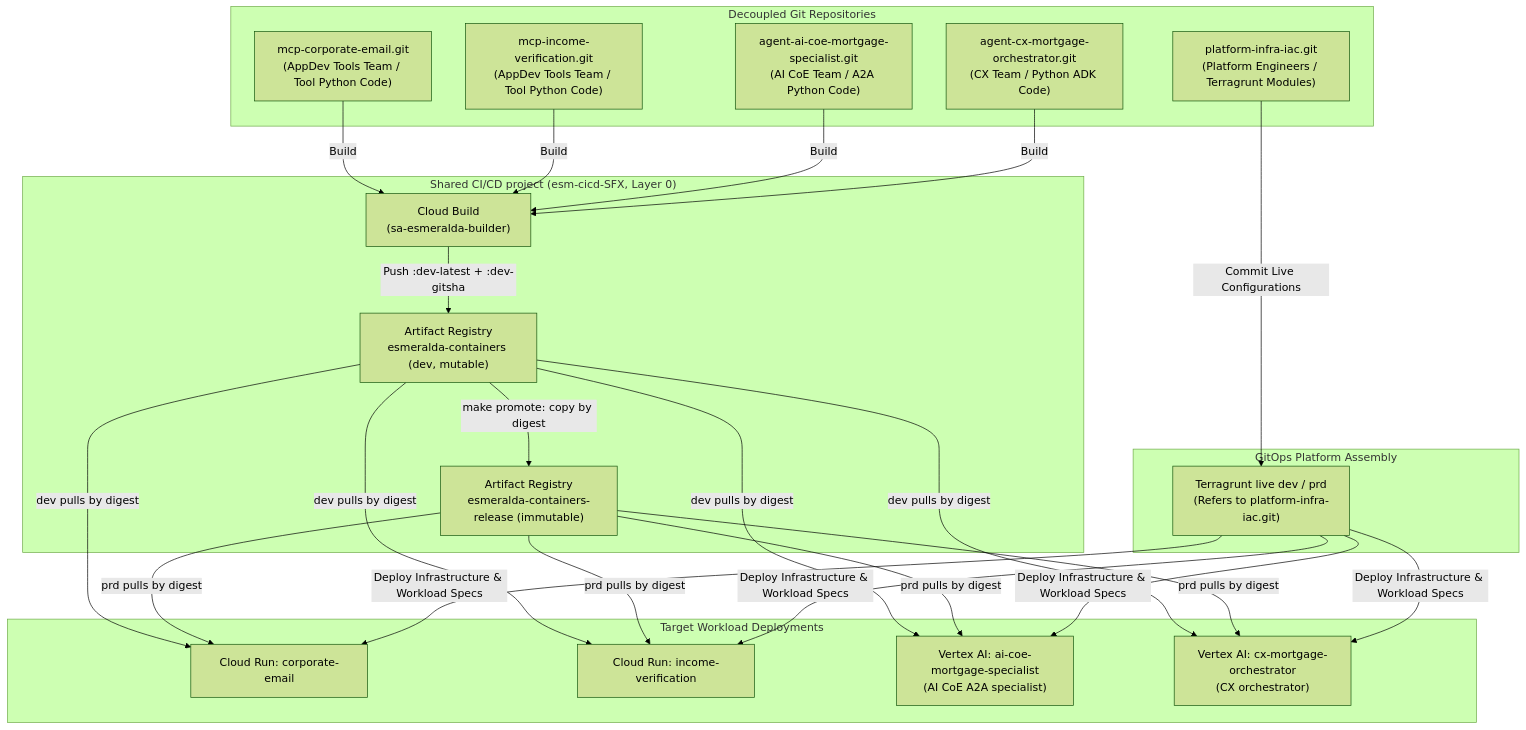
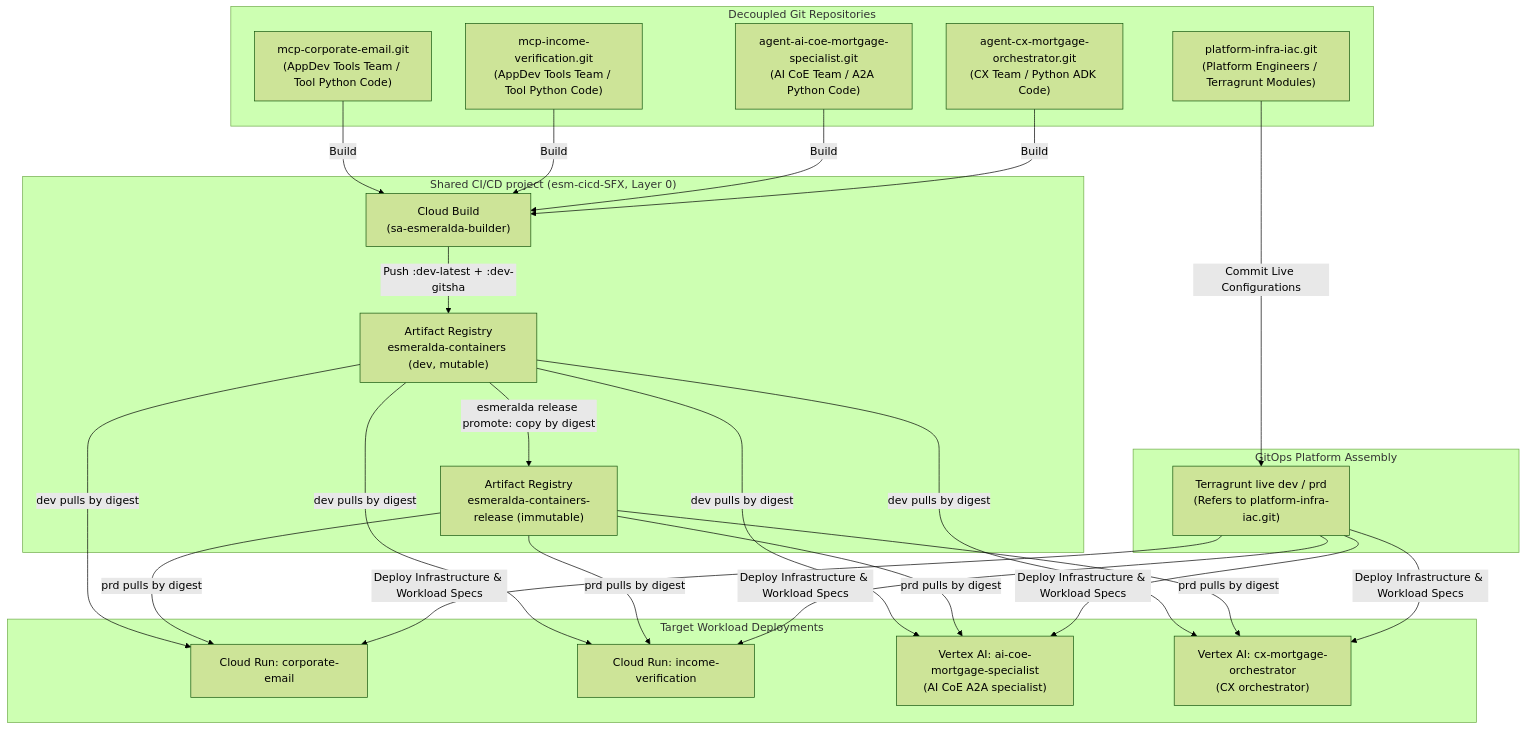
Before and after one commit to google/esmeralda: the third of 4 diagrams in docs/src/3-agentops-and-lifecycle/index.md, drawn with Mermaid (forest theme). The commit also changed other lines of this file and 36 other files, not shown here.

First line of the commit message:
feat(cli): esmeralda deploy, destroy, build and release (#225) (#229)

````diff
--- a/docs/src/3-agentops-and-lifecycle/index.md
+++ b/docs/src/3-agentops-and-lifecycle/index.md
@@ -138,35 +138,35 @@
 ```mermaid
 flowchart TD
     subgraph Repos["Decoupled Git Repositories"]
         R_Platform["platform-infra-iac.git<br/>(Platform Engineers / Terragrunt Modules)"]
         R_Email["mcp-corporate-email.git<br/>(AppDev Tools Team / Tool Python Code)"]
         R_Income["mcp-income-verification.git<br/>(AppDev Tools Team / Tool Python Code)"]
         R_A2A["agent-ai-coe-mortgage-specialist.git<br/>(AI CoE Team / A2A Python Code)"]
         R_Root["agent-cx-mortgage-orchestrator.git<br/>(CX Team / Python ADK Code)"]
     end
 
     subgraph Pipelines["Shared CI/CD project (esm-cicd-SFX, Layer 0)"]
         CB["Cloud Build<br/>(sa-esmeralda-builder)"]
         AR_DEV["Artifact Registry<br/>esmeralda-containers (dev, mutable)"]
         AR_REL["Artifact Registry<br/>esmeralda-containers-release (immutable)"]
     end
 
     subgraph RunOps["Target Workload Deployments"]
         Run_Email["Cloud Run: corporate-email"]
         Run_Income["Cloud Run: income-verification"]
         Run_A2A["Vertex AI: ai-coe-mortgage-specialist<br/>(AI CoE A2A specialist)"]
         Run_Root["Vertex AI: cx-mortgage-orchestrator<br/>(CX orchestrator)"]
     end
 
     subgraph IaCOps["GitOps Platform Assembly"]
         TG["Terragrunt live dev / prd<br/>(Refers to platform-infra-iac.git)"]
     end
 
     R_Email & R_Income & R_A2A & R_Root -->|Build| CB
     CB -->|Push :dev-latest + :dev-gitsha| AR_DEV
-    AR_DEV -->|make promote: copy by digest| AR_REL
+    AR_DEV -->|esmeralda release promote: copy by digest| AR_REL
     AR_DEV -->|dev pulls by digest| Run_Email & Run_Income & Run_A2A & Run_Root
     AR_REL -->|prd pulls by digest| Run_Email & Run_Income & Run_A2A & Run_Root
     R_Platform -->|Commit Live Configurations| TG
     TG -->|Deploy Infrastructure & Workload Specs| Run_Email & Run_Income & Run_A2A & Run_Root
 ```
````
